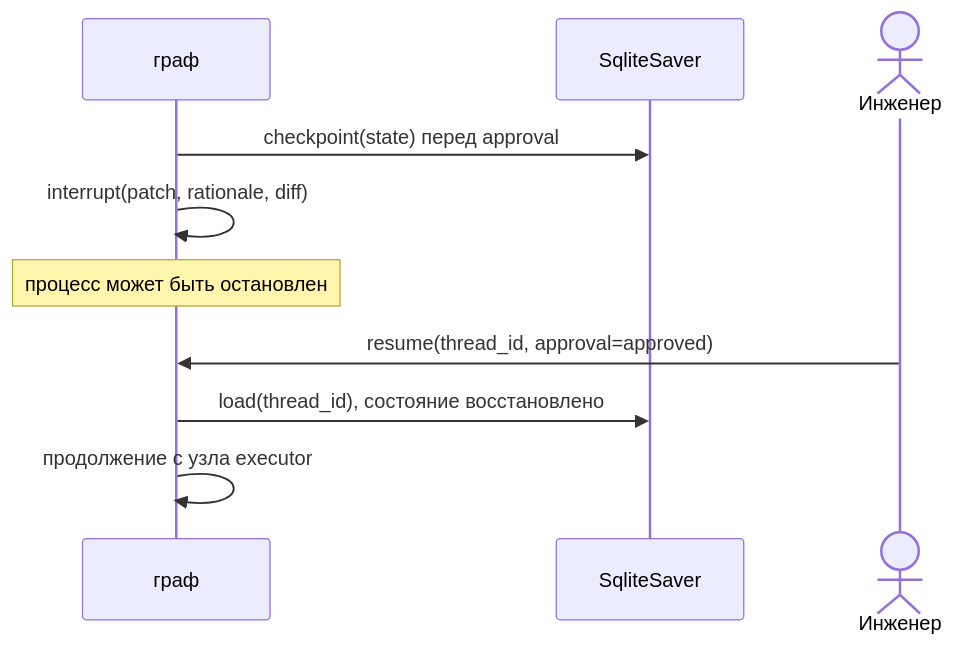
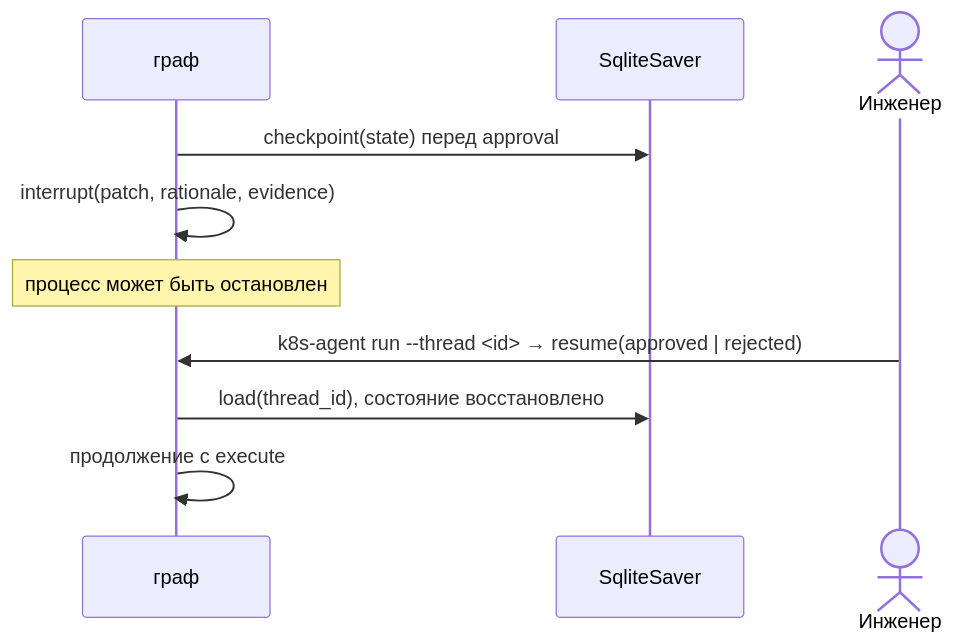
Before and after one commit to fastrapier/k8s-agent: the fifth of 5 diagrams in docs/ARCHITECTURE.md, drawn with Mermaid. The commit also changed other lines of this file and 17 other files, not shown here.

Commit message:
М9: ARCHITECTURE сверена с кодом, ADR 0001–0010, глоссарий CONTEXT.md

````diff
--- a/docs/ARCHITECTURE.md
+++ b/docs/ARCHITECTURE.md
@@ -219,13 +196,13 @@
 ```mermaid
 sequenceDiagram
     participant G as граф
     participant C as SqliteSaver
     actor U as Инженер
 
     G->>C: checkpoint(state) перед approval
-    G->>G: interrupt(patch, rationale, diff)
+    G->>G: interrupt(patch, rationale, evidence)
     Note over G: процесс может быть остановлен
-    U->>G: resume(thread_id, approval=approved)
+    U->>G: k8s-agent run --thread <id> → resume(approved | rejected)
     G->>C: load(thread_id), состояние восстановлено
-    G->>G: продолжение с узла executor
+    G->>G: продолжение с execute
 ```
````
